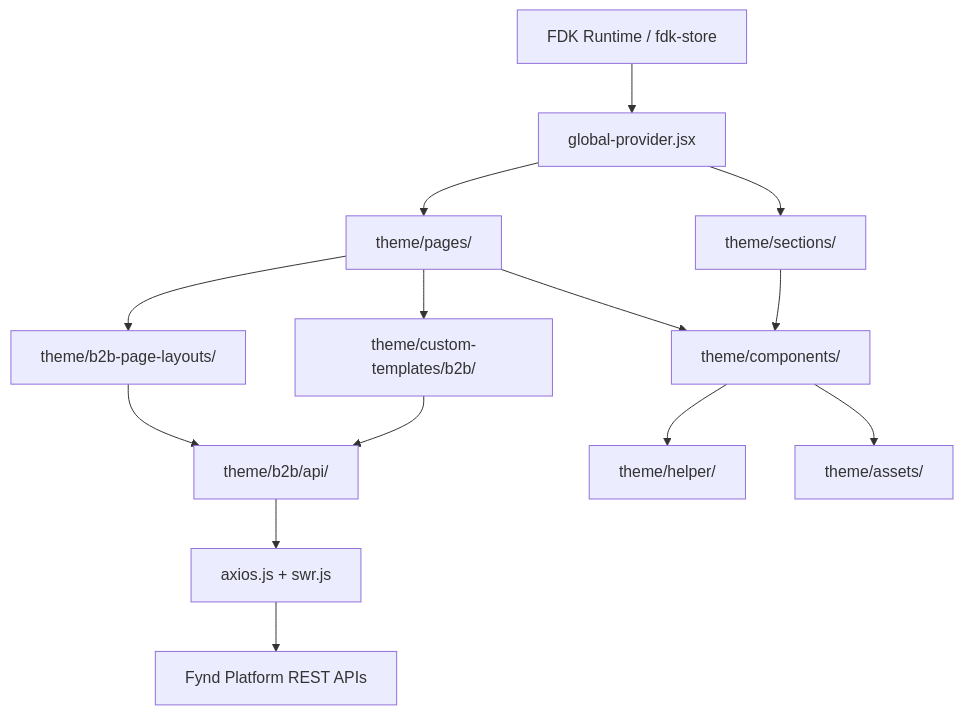
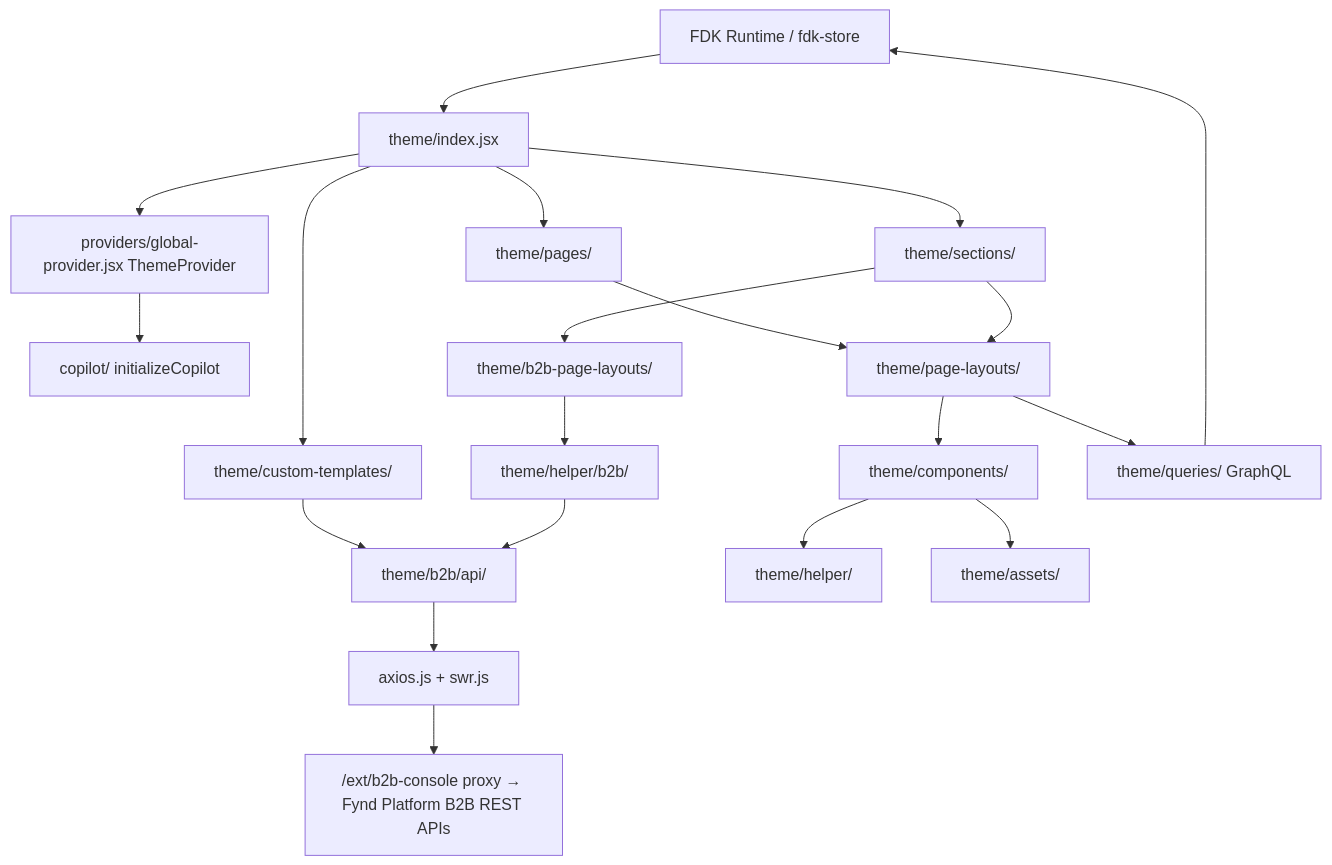
Before and after one commit to hetdevx/b2b-market-place-docs: the diagram in docs/02-architecture/index.md, drawn with Mermaid. The commit also changed other lines of this file and 154 other files, not shown here.

````diff
--- a/docs/02-architecture/index.md
+++ b/docs/02-architecture/index.md
@@ -22,16 +22,22 @@
 ```mermaid
 graph TD
-    FDK[FDK Runtime / fdk-store] --> Provider[global-provider.jsx]
-    Provider --> Pages[theme/pages/]
-    Provider --> Sections[theme/sections/]
-    Pages --> Components[theme/components/]
-    Sections --> Components
-    Pages --> B2BLayouts[theme/b2b-page-layouts/]
-    Pages --> CustomTemplates[theme/custom-templates/b2b/]
-    B2BLayouts --> B2BAPI[theme/b2b/api/]
-    CustomTemplates --> B2BAPI
+    FDK[FDK Runtime / fdk-store] --> Entry[theme/index.jsx]
+    Entry --> Provider[providers/global-provider.jsx ThemeProvider]
+    Entry --> Pages[theme/pages/]
+    Entry --> Sections[theme/sections/]
+    Entry --> CustomTemplates[theme/custom-templates/]
+    Provider --> Copilot[copilot/ initializeCopilot]
+    Pages --> PageLayouts[theme/page-layouts/]
+    Sections --> PageLayouts
+    PageLayouts --> Components[theme/components/]
+    Sections --> B2BLayouts[theme/b2b-page-layouts/]
+    CustomTemplates --> B2BAPI[theme/b2b/api/]
+    B2BLayouts --> B2BHelpers[theme/helper/b2b/]
+    B2BHelpers --> B2BAPI
     B2BAPI --> Axios[axios.js + swr.js]
-    Axios --> FyndPlatformAPI[Fynd Platform REST APIs]
+    Axios --> Proxy["/ext/b2b-console proxy → Fynd Platform B2B REST APIs"]
+    PageLayouts --> Queries[theme/queries/ GraphQL]
+    Queries --> FDK
     Components --> Helpers[theme/helper/]
     Components --> Assets[theme/assets/]
 ```
````
